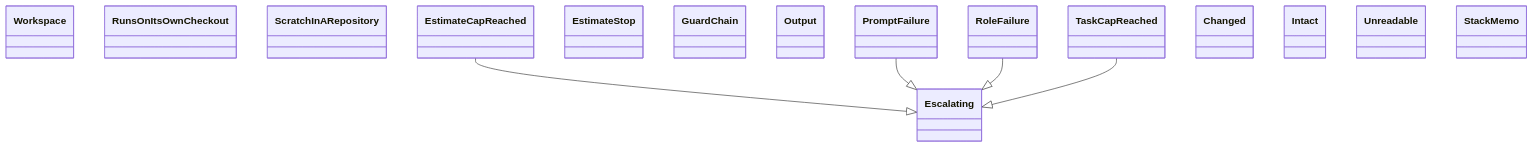
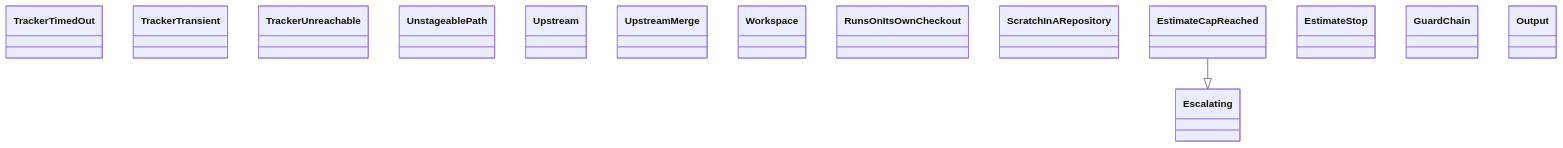
Before and after one commit to GonzaloZevallos/agentic-system: the diagram in docs/architecture/generated/classes-process-application-support-7.md, drawn with Mermaid. The commit also changed other lines of this file and 24 other files, not shown here.

````diff
--- a/docs/architecture/generated/classes-process-application-support-7.md
+++ b/docs/architecture/generated/classes-process-application-support-7.md
@@ -19,22 +20,18 @@
 ```mermaid
 classDiagram
+    class ports__TrackerTimedOut["TrackerTimedOut"]
+    class ports__TrackerTransient["TrackerTransient"]
+    class ports__TrackerUnreachable["TrackerUnreachable"]
+    class ports__UnstageablePath["UnstageablePath"]
+    class ports__Upstream["Upstream"]
+    class ports__UpstreamMerge["UpstreamMerge"]
     class ports__Workspace["Workspace"]
     class preflight__RunsOnItsOwnCheckout["RunsOnItsOwnCheckout"]
     class preflight__ScratchInARepository["ScratchInARepository"]
     class run_role__Escalating["Escalating"]
     class run_role__EstimateCapReached["EstimateCapReached"]
     class run_role__EstimateStop["EstimateStop"]
     class run_role__GuardChain["GuardChain"]
     class run_role__Output["Output"]
-    class run_role__PromptFailure["PromptFailure"]
-    class run_role__RoleFailure["RoleFailure"]
-    class run_role__TaskCapReached["TaskCapReached"]
-    class spec_guard__Changed["Changed"]
-    class spec_guard__Intact["Intact"]
-    class spec_guard__Unreadable["Unreadable"]
-    class stack_facts__StackMemo["StackMemo"]
     run_role__EstimateCapReached --|> run_role__Escalating
-    run_role__PromptFailure --|> run_role__Escalating
-    run_role__RoleFailure --|> run_role__Escalating
-    run_role__TaskCapReached --|> run_role__Escalating
 ```
````
